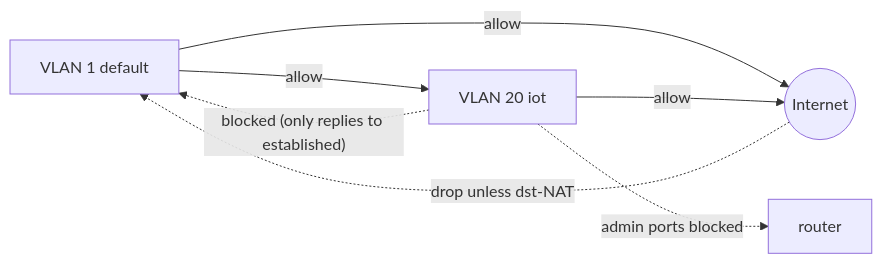
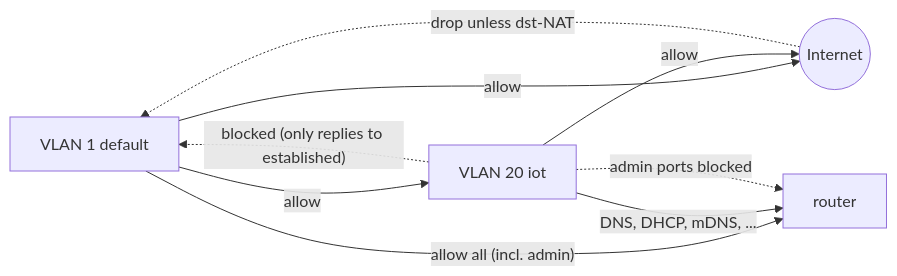
The diagram in network/README.md (arxeiss/homelab), drawn with Mermaid before and after one commit. The commit also changed other lines of this file, not shown here.

First line of the commit message:
Document router input-chain default accept and lockout risk

````diff
--- a/network/README.md
+++ b/network/README.md
@@ -40,9 +40,11 @@
 ```mermaid
 flowchart LR
   default["VLAN 1 default"] -->|allow| iot["VLAN 20 iot"]
   iot -. "blocked (only replies to established)" .-> default
   default -->|allow| wan((Internet))
   iot -->|allow| wan
-  iot -. "admin ports blocked" .-> router["router"]
+  default -->|"allow all (incl. admin)"| router["router"]
+  iot -->|"DNS, DHCP, mDNS, ..."| router
+  iot -. "admin ports blocked" .-> router
   wan -. "drop unless dst-NAT" .-> default
 ```
````
